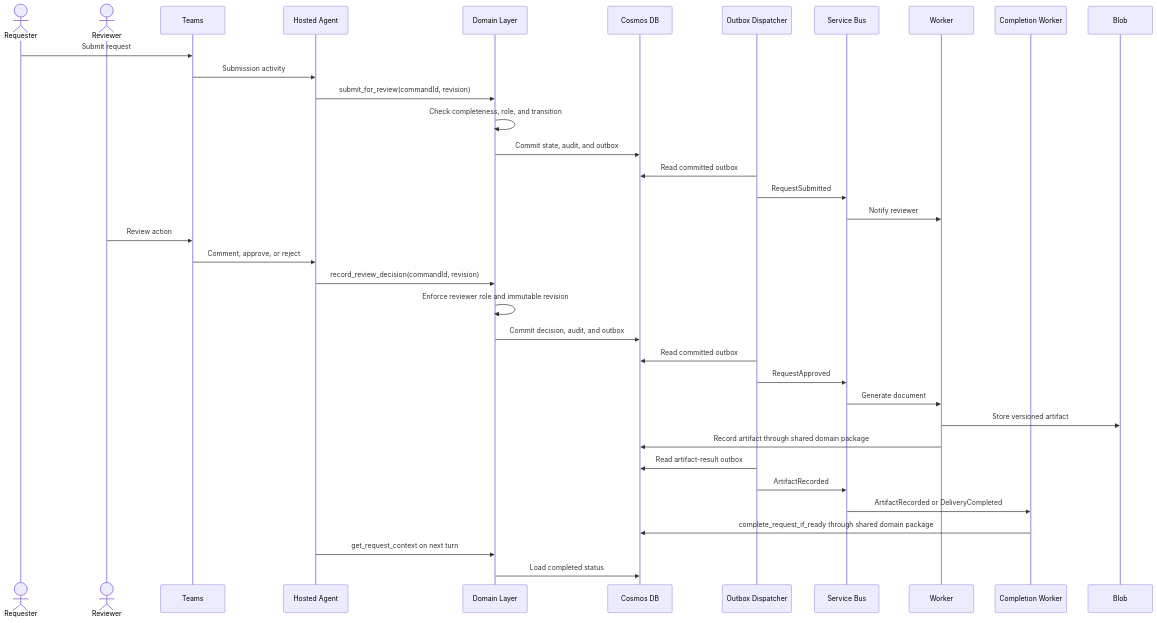
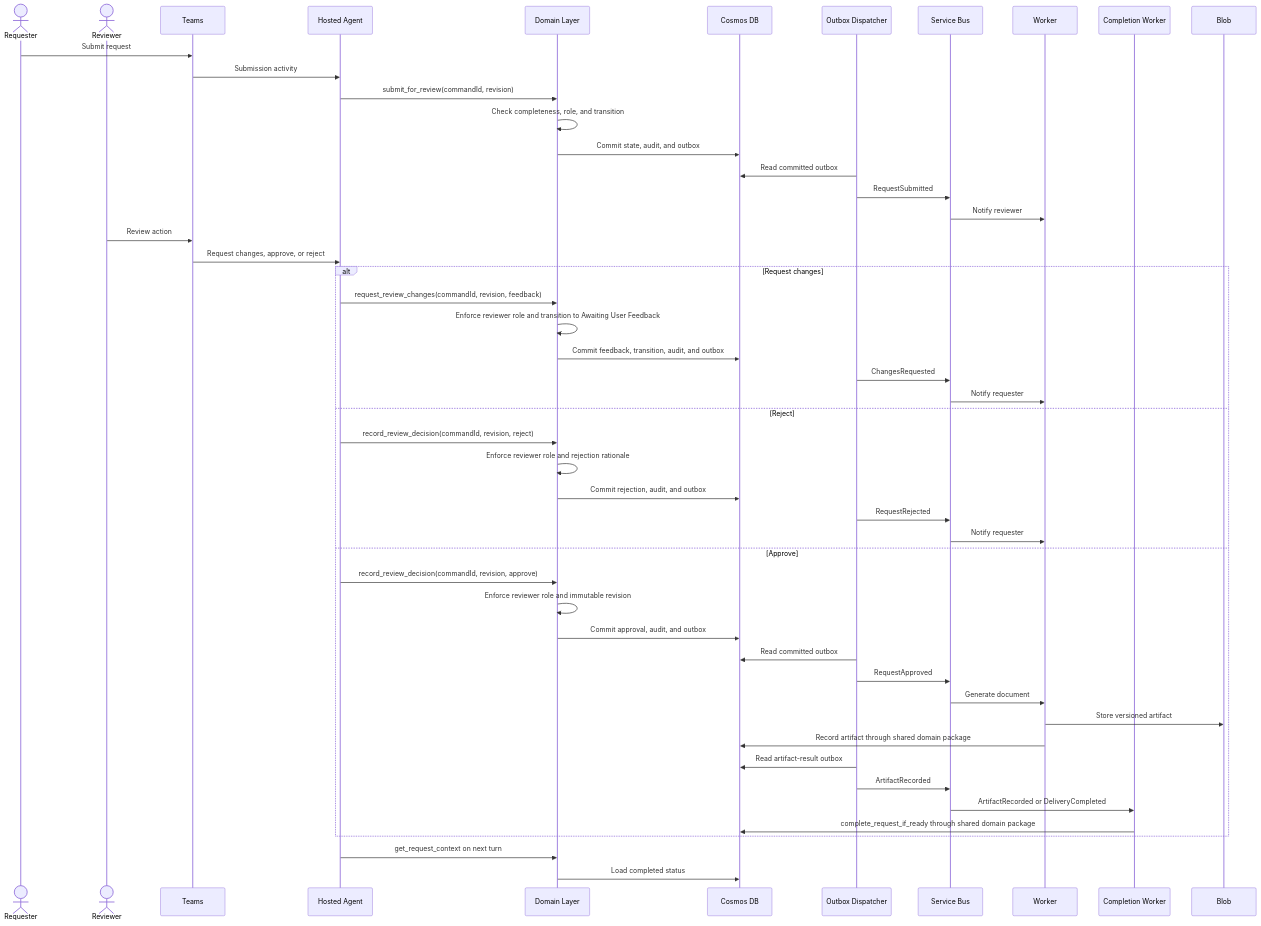
Before and after one commit to duongthaiha/intake-agent: the seventh of 12 diagrams in architecture.md, drawn with Mermaid. The commit also changed other lines of this file and 1 other file, not shown here.

Commit message:
Enhance product backlog with detailed assumptions and success criteria for POC, including review processes and deployment strategies.

````diff
--- a/architecture.md
+++ b/architecture.md
@@ -535,39 +536,53 @@
 ```mermaid
 sequenceDiagram
     actor Requester
     actor Reviewer
     participant Teams
     participant Agent as Hosted Agent
     participant Domain as Domain Layer
     participant DB as Cosmos DB
     participant Dispatcher as Outbox Dispatcher
     participant Bus as Service Bus
     participant Worker
     participant Completion as Completion Worker
     participant Blob
 
     Requester->>Teams: Submit request
     Teams->>Agent: Submission activity
     Agent->>Domain: submit_for_review(commandId, revision)
     Domain->>Domain: Check completeness, role, and transition
     Domain->>DB: Commit state, audit, and outbox
     Dispatcher->>DB: Read committed outbox
     Dispatcher->>Bus: RequestSubmitted
     Bus->>Worker: Notify reviewer
     Reviewer->>Teams: Review action
-    Teams->>Agent: Comment, approve, or reject
-    Agent->>Domain: record_review_decision(commandId, revision)
-    Domain->>Domain: Enforce reviewer role and immutable revision
-    Domain->>DB: Commit decision, audit, and outbox
-    Dispatcher->>DB: Read committed outbox
-    Dispatcher->>Bus: RequestApproved
-    Bus->>Worker: Generate document
-    Worker->>Blob: Store versioned artifact
-    Worker->>DB: Record artifact through shared domain package
-    Dispatcher->>DB: Read artifact-result outbox
-    Dispatcher->>Bus: ArtifactRecorded
-    Bus->>Completion: ArtifactRecorded or DeliveryCompleted
-    Completion->>DB: complete_request_if_ready through shared domain package
+    Teams->>Agent: Request changes, approve, or reject
+    alt Request changes
+        Agent->>Domain: request_review_changes(commandId, revision, feedback)
+        Domain->>Domain: Enforce reviewer role and transition to Awaiting User Feedback
+        Domain->>DB: Commit feedback, transition, audit, and outbox
+        Dispatcher->>Bus: ChangesRequested
+        Bus->>Worker: Notify requester
+    else Reject
+        Agent->>Domain: record_review_decision(commandId, revision, reject)
+        Domain->>Domain: Enforce reviewer role and rejection rationale
+        Domain->>DB: Commit rejection, audit, and outbox
+        Dispatcher->>Bus: RequestRejected
+        Bus->>Worker: Notify requester
+    else Approve
+        Agent->>Domain: record_review_decision(commandId, revision, approve)
+        Domain->>Domain: Enforce reviewer role and immutable revision
+        Domain->>DB: Commit approval, audit, and outbox
+        Dispatcher->>DB: Read committed outbox
+        Dispatcher->>Bus: RequestApproved
+        Bus->>Worker: Generate document
+        Worker->>Blob: Store versioned artifact
+        Worker->>DB: Record artifact through shared domain package
+        Dispatcher->>DB: Read artifact-result outbox
+        Dispatcher->>Bus: ArtifactRecorded
+        Bus->>Completion: ArtifactRecorded or DeliveryCompleted
+        Completion->>DB: complete_request_if_ready through shared domain package
+    end
     Agent->>Domain: get_request_context on next turn
     Domain->>DB: Load completed status
 ```
````
